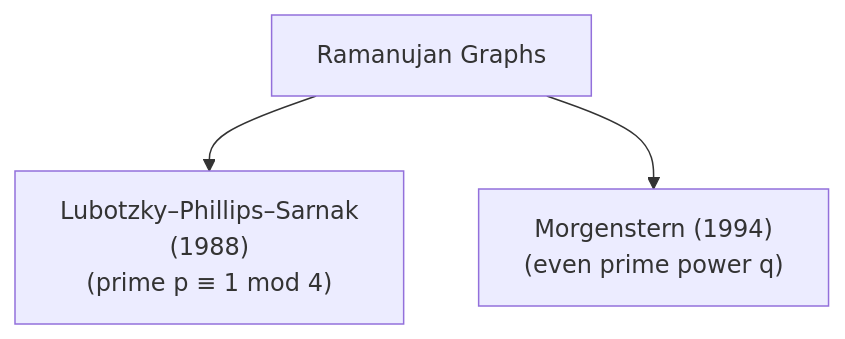
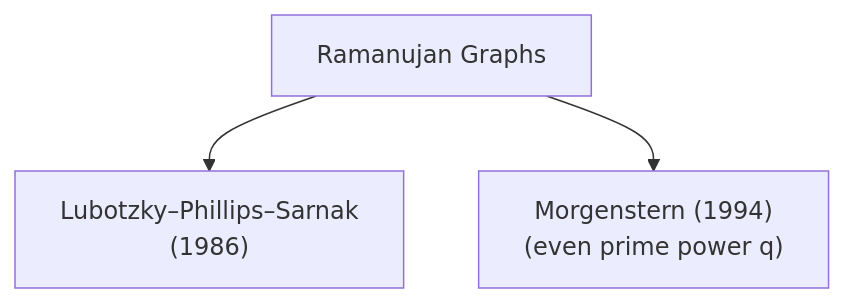
Before and after one commit to QuantumSavory/QuantumExpanders.jl: the second of 2 diagrams in docs/src/index.md, drawn with Mermaid.

````diff
--- a/docs/src/index.md
+++ b/docs/src/index.md
@@ -85,6 +85,6 @@
 ```mermaid
 flowchart TB
     A["Ramanujan Graphs"]
-    A --> B["Lubotzky–Phillips–Sarnak <br>(1988)<br/>(prime p ≡ 1 mod 4)"]
+    A --> B["Lubotzky–Phillips–Sarnak <br>(1986)<br/>"]
     A --> C["Morgenstern (1994)<br/>(even prime power q)"]
 ```
````
